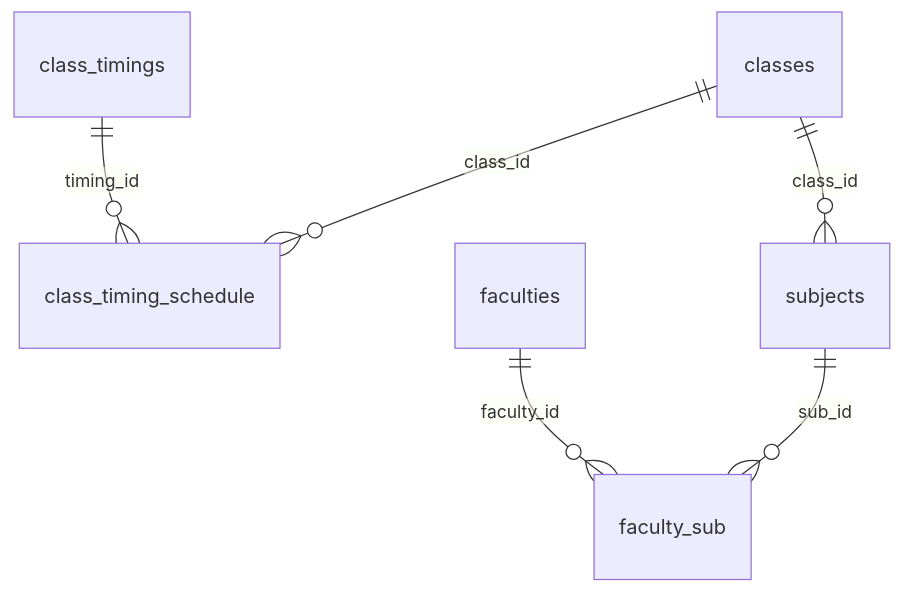
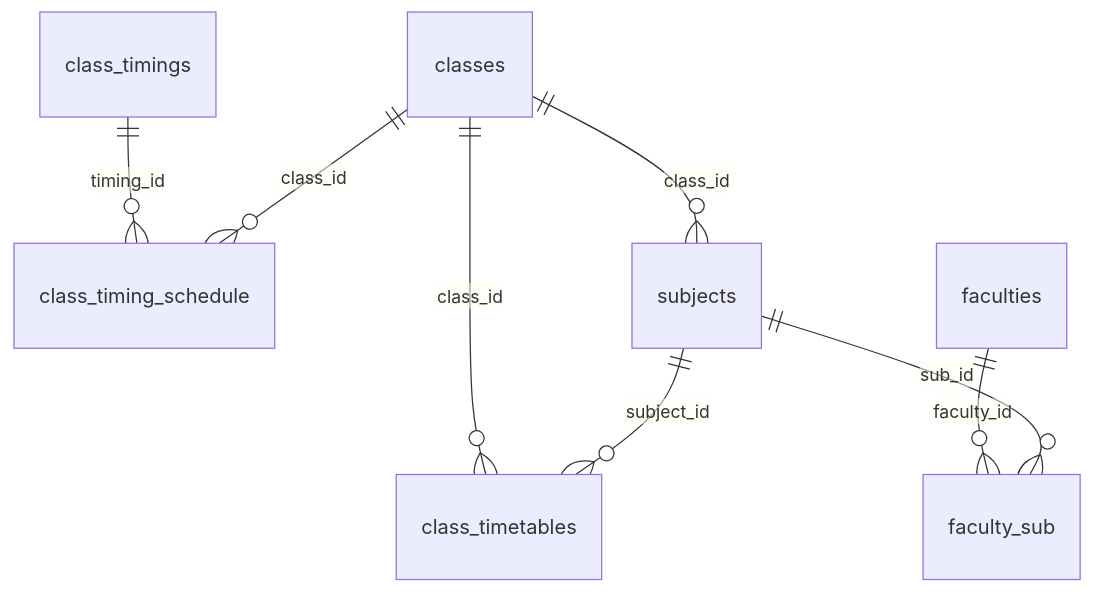
Before and after one commit to katamanilprojects/sarb: the first of 2 diagrams in docs/workflows/timetable-management.md, drawn with Mermaid. The commit also changed other lines of this file and 125 other files, not shown here.

````diff
--- a/docs/workflows/timetable-management.md
+++ b/docs/workflows/timetable-management.md
@@ -14,8 +14,10 @@
 ```mermaid
 erDiagram
     class_timings ||--o{ class_timing_schedule : "timing_id"
     classes ||--o{ class_timing_schedule : "class_id"
+    classes ||--o{ class_timetables : "class_id"
+    subjects ||--o{ class_timetables : "subject_id"
     classes ||--o{ subjects : "class_id"
     faculties ||--o{ faculty_sub : "faculty_id"
     subjects ||--o{ faculty_sub : "sub_id"
 ```
````
